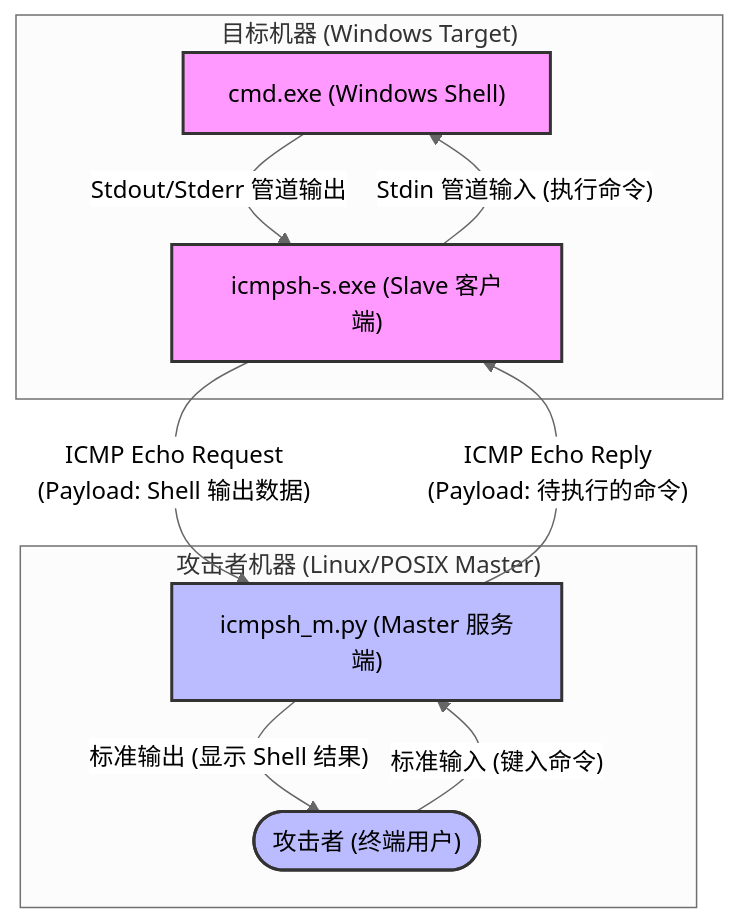
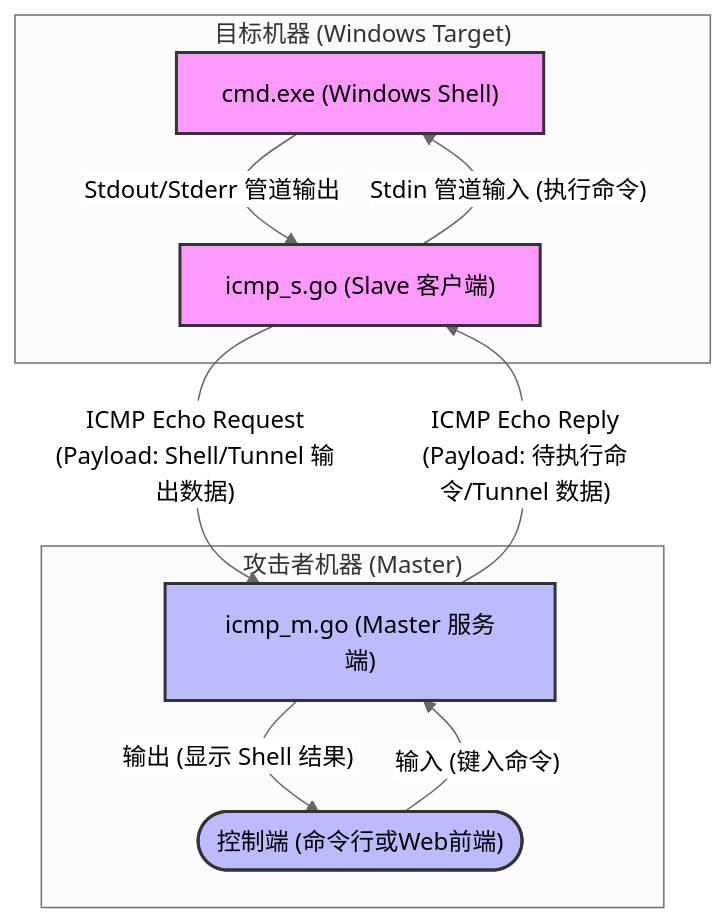
The first of 2 diagrams in icmp/docs/data_flow.md (medasz/protocol), drawn with Mermaid (neutral theme) before and after one commit. The commit also changed other lines of this file and 4 other files, not shown here.

Commit message:
docs: add architecture and design documentation for ICMP protocol implementation

````diff
--- a/icmp/docs/data_flow.md
+++ b/icmp/docs/data_flow.md
@@ -11,27 +11,27 @@
 ```mermaid
 graph TD
     subgraph "目标机器 (Windows Target)"
         CMD["cmd.exe (Windows Shell)"]
-        Slave["icmpsh-s.exe (Slave 客户端)"]
+        Slave["icmp_s.go (Slave 客户端)"]
         
         CMD -- "Stdout/Stderr 管道输出" --> Slave
         Slave -- "Stdin 管道输入 (执行命令)" --> CMD
     end
 
-    subgraph "攻击者机器 (Linux/POSIX Master)"
-        Master["icmpsh_m.py (Master 服务端)"]
-        Attacker(["攻击者 (终端用户)"])
+    subgraph "攻击者机器 (Master)"
+        Master["icmp_m.go (Master 服务端)"]
+        Attacker(["控制端 (命令行或Web前端)"])
         
-        Master -- "标准输出 (显示 Shell 结果)" --> Attacker
-        Attacker -- "标准输入 (键入命令)" --> Master
+        Master -- "输出 (显示 Shell 结果)" --> Attacker
+        Attacker -- "输入 (键入命令)" --> Master
     end
 
     %% 网络通信层
-    Slave -- "ICMP Echo Request\n(Payload: Shell 输出数据)" --> Master
-    Master -- "ICMP Echo Reply\n(Payload: 待执行的命令)" --> Slave
+    Slave -- "ICMP Echo Request\n(Payload: Shell/Tunnel 输出数据)" --> Master
+    Master -- "ICMP Echo Reply\n(Payload: 待执行命令/Tunnel 数据)" --> Slave
     
     classDef target fill:#f9f,stroke:#333,stroke-width:2px;
     classDef attacker fill:#bbf,stroke:#333,stroke-width:2px;
     class CMD,Slave target;
     class Master,Attacker attacker;
 ```
````
